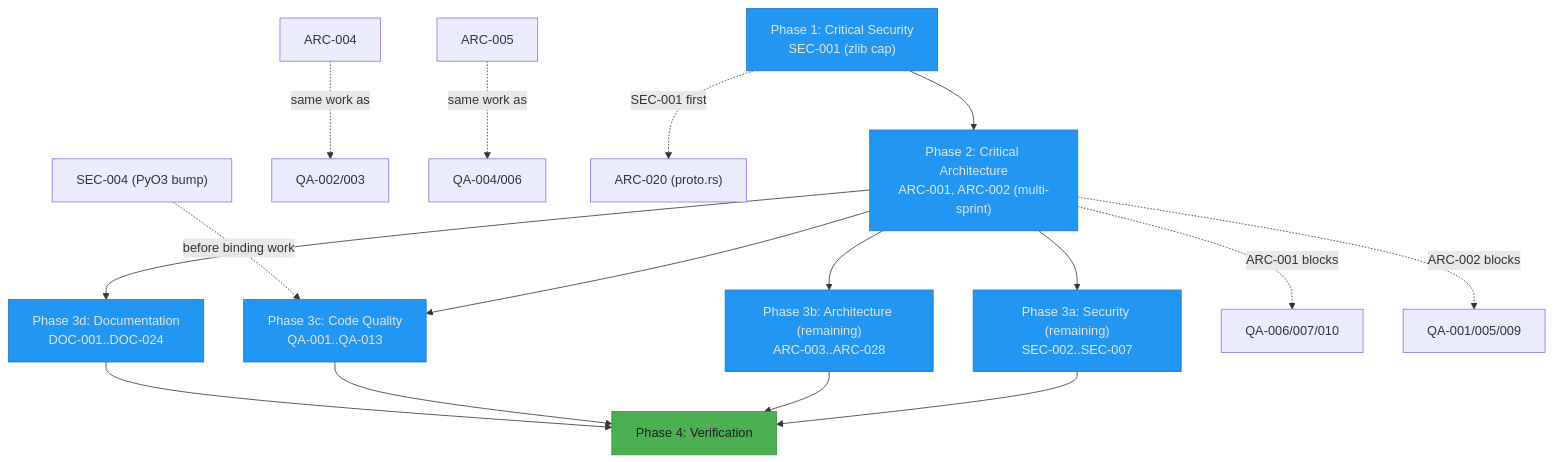
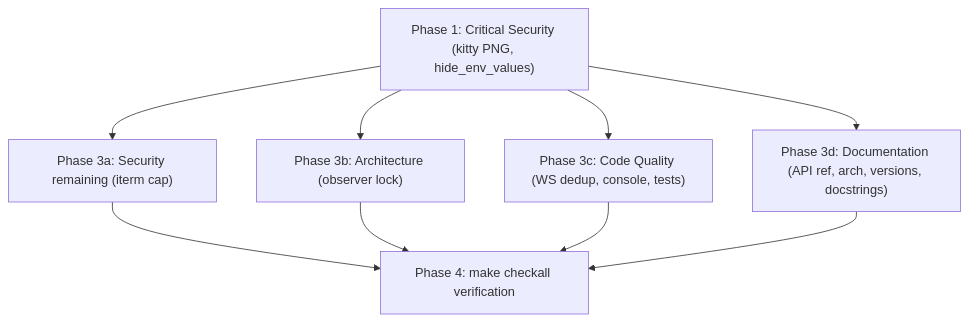
The diagram in AUDIT.md (paulrobello/par-term-emu-core-rust), drawn with Mermaid before and after one commit. The commit also changed other lines of this file and 13 other files, not shown here.

First line of the commit message:
docs: fix API/architecture drift, backfill docstrings, refresh audit

````diff
--- a/AUDIT.md
+++ b/AUDIT.md
@@ -404,27 +287,12 @@
 ```mermaid
 graph TD
-    P1["Phase 1: Critical Security<br/>SEC-001 (zlib cap)"]
-    P2["Phase 2: Critical Architecture<br/>ARC-001, ARC-002 (multi-sprint)"]
-    P3a["Phase 3a: Security (remaining)<br/>SEC-002..SEC-007"]
-    P3b["Phase 3b: Architecture (remaining)<br/>ARC-003..ARC-028"]
-    P3c["Phase 3c: Code Quality<br/>QA-001..QA-013"]
-    P3d["Phase 3d: Documentation<br/>DOC-001..DOC-024"]
-    P4["Phase 4: Verification"]
+    P1["Phase 1: Critical Security (kitty PNG, hide_env_values)"]
+    P3a["Phase 3a: Security remaining (iterm cap)"]
+    P3b["Phase 3b: Architecture (observer lock)"]
+    P3c["Phase 3c: Code Quality (WS dedup, console, tests)"]
+    P3d["Phase 3d: Documentation (API ref, arch, versions, docstrings)"]
+    P4["Phase 4: make checkall verification"]
 
-    P1 --> P2
-    P2 --> P3a & P3b & P3c & P3d
+    P1 --> P3a & P3b & P3c & P3d
     P3a & P3b & P3c & P3d --> P4
-
-    %% Explicit blocker edges (cross-phase dependencies)
-    P2 -.ARC-001 blocks.-> P3cQA6["QA-006/007/010"]
-    P2 -.ARC-002 blocks.-> P3cQA1["QA-001/005/009"]
-    P3bARC004["ARC-004"] -.same work as.-> P3cQA2["QA-002/003"]
-    P3bARC005["ARC-005"] -.same work as.-> P3cQA4["QA-004/006"]
-    P1 -.SEC-001 first.-> P3bARC020["ARC-020 (proto.rs)"]
-    P3aSEC004["SEC-004 (PyO3 bump)"] -.before binding work.-> P3c
-
-    classDef phase fill:#2196F3,color:#E6E6E6,stroke:#1976D2;
-    classDef verify fill:#4CAF50,color:#1E1E1E,stroke:#388E3C;
-    class P1,P2,P3a,P3b,P3c,P3d phase;
-    class P4 verify;
 ```
````
